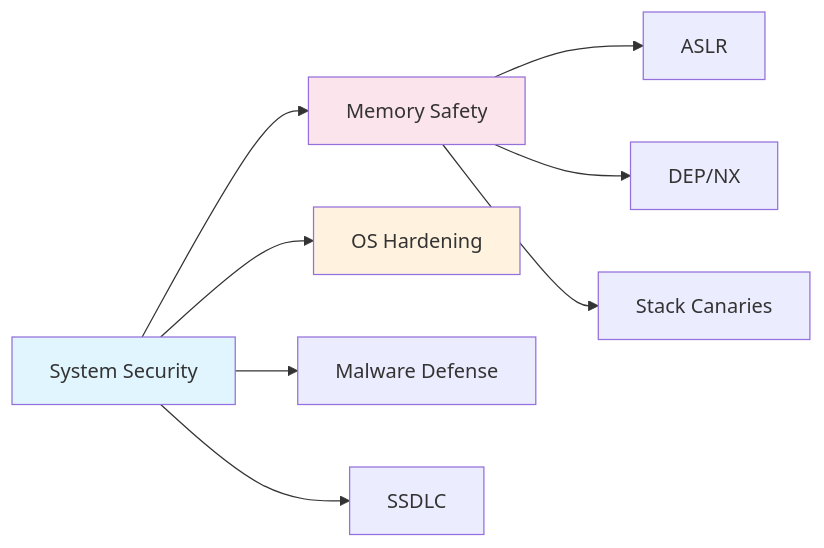
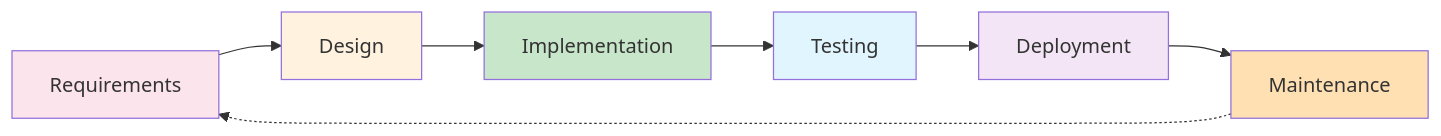
One commit to Raushan666java/ai-engineering-journey changed the second of 3 diagrams in docs/courses/cyber-security/04-system-software.md. Above: the diagram before and after it, drawn with Mermaid. The commit also changed other lines of this file and 11 other files, not shown here.

````diff
--- a/docs/courses/cyber-security/04-system-software.md
+++ b/docs/courses/cyber-security/04-system-software.md
@@ -25,13 +1242,15 @@
 ```mermaid
 flowchart LR
-    A[System Security] --> B[Memory Safety]
-    A --> C[OS Hardening]
-    A --> D[Malware Defense]
-    A --> E[SSDLC]
-    B --> F[ASLR]
-    B --> G[DEP/NX]
-    B --> H[Stack Canaries]
-    style A fill:#e1f5fe
-    style B fill:#fce4ec
-    style C fill:#fff3e0
+    A[Requirements] --> B[Design]
+    B --> C[Implementation]
+    C --> D[Testing]
+    D --> E[Deployment]
+    E --> F[Maintenance]
+    F -.-> A
+    style A fill:#fce4ec
+    style B fill:#fff3e0
+    style C fill:#c8e6c9
+    style D fill:#e1f5fe
+    style E fill:#f3e5f5
+    style F fill:#ffe0b2
 ```
````
